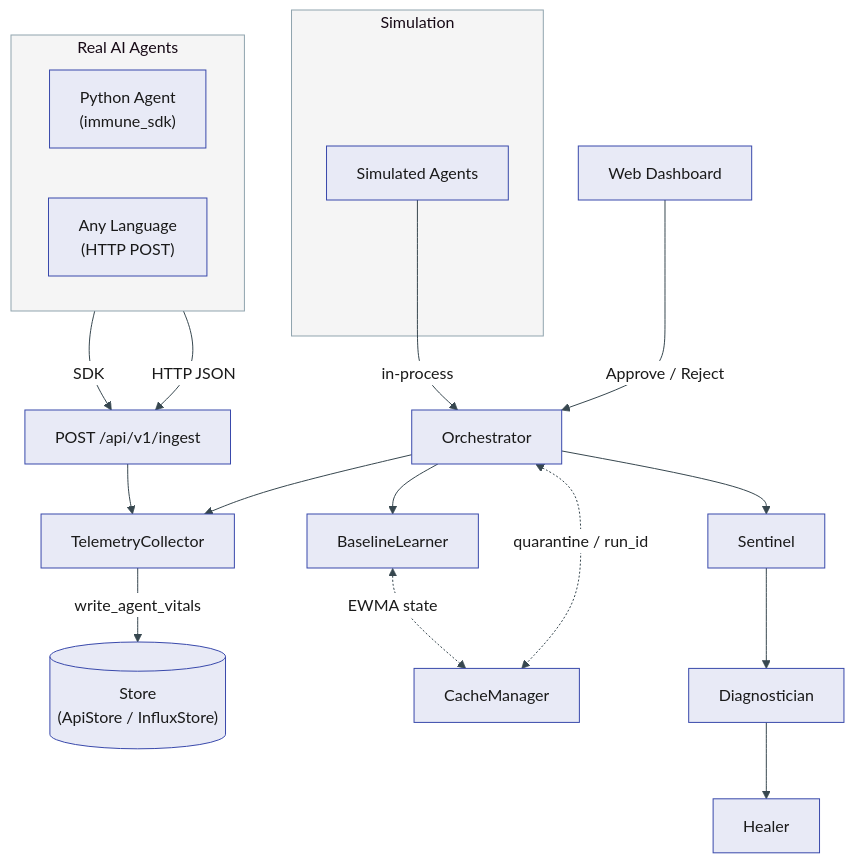
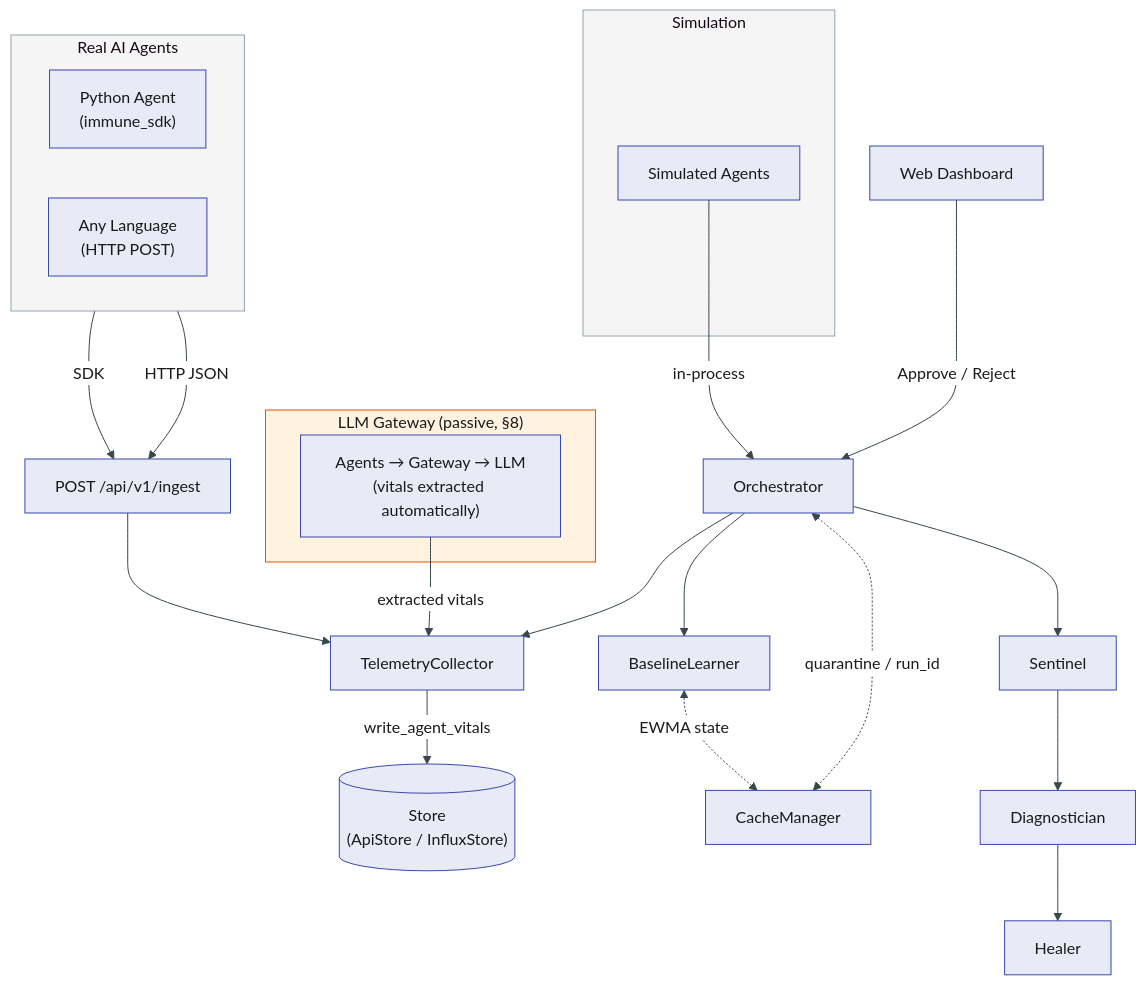
Before and after one commit to sanjaybommalene/ai-agent-immune-system: the second of 7 diagrams in docs/DOCS.md, drawn with Mermaid. The commit also changed other lines of this file and 37 other files, not shown here.

First line of the commit message:
LLM Gateway: passive agent observation, architecture decision doc, full test coverage

````diff
--- a/docs/DOCS.md
+++ b/docs/DOCS.md
@@ -131,29 +140,36 @@
 ```mermaid
 %%{init: {'theme': 'base', 'themeVariables': {'primaryColor': '#e8eaf6', 'primaryTextColor': '#1a1a1a', 'primaryBorderColor': '#3949ab', 'lineColor': '#37474f', 'secondaryColor': '#f3e5f5', 'tertiaryColor': '#e8f5e9', 'edgeLabelBackground': '#ffffff', 'clusterBkg': '#f5f5f5', 'clusterBorder': '#90a4ae'}}}%%
 flowchart TB
     subgraph ext ["Real AI Agents"]
         direction LR
         Py["Python Agent<br/>(immune_sdk)"]
         Other["Any Language<br/>(HTTP POST)"]
     end
 
+    subgraph gateway ["LLM Gateway (passive, §8)"]
+        GWP["Agents → Gateway → LLM<br/>(vitals extracted automatically)"]
+    end
+
     subgraph sim ["Simulation"]
         SimA["Simulated Agents"]
     end
 
     Py -->|SDK| Ingest["POST /api/v1/ingest"]
     Other -->|HTTP JSON| Ingest
     Ingest --> Tel[TelemetryCollector]
+    GWP -->|"extracted vitals"| Tel
 
     SimA -->|in-process| Orch[Orchestrator]
     Orch --> Tel
     Tel -->|write_agent_vitals| Store[("Store<br/>(ApiStore / InfluxStore)")]
 
     Orch --> BL[BaselineLearner]
     BL <-.->|EWMA state| Cache["CacheManager"]
     Orch --> Sen[Sentinel]
     Sen --> Diag[Diagnostician]
     Diag --> Heal[Healer]
     Orch <-.->|quarantine / run_id| Cache
     Dash[Web Dashboard] -->|"Approve / Reject"| Orch
+
+    style gateway fill:#fff3e0,stroke:#e65100,color:#1a1a1a
 ```
````
